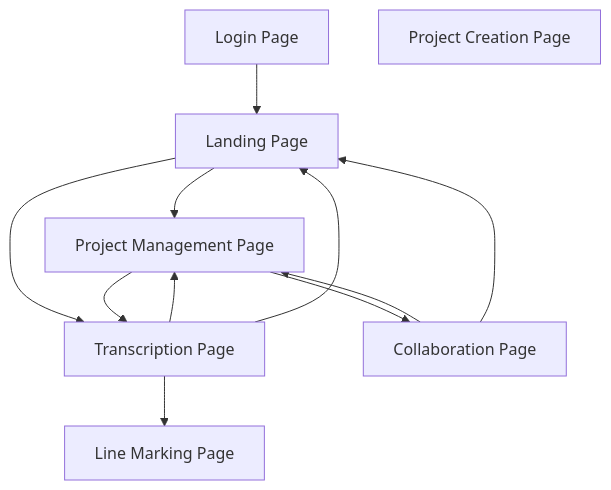
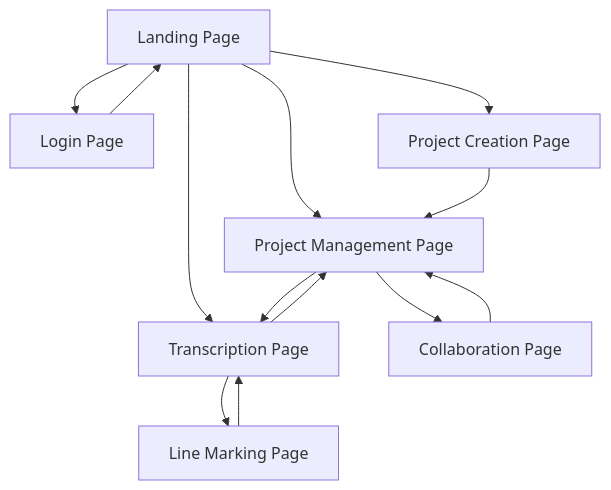
One commit to CenterForDigitalHumanities/TPEN3 changed the diagram in pages/beta.md. Above: the diagram before and after it, drawn with Mermaid.

````diff
--- a/pages/beta.md
+++ b/pages/beta.md
@@ -95,21 +95,23 @@
 ```mermaid
 graph TD
+    AuthenticatedUserPage["Landing Page"]
     LoginPage["Login Page"]
-    AuthenticatedUserPage["Landing Page"]
     ProjectManagementPage["Project Management Page"]
     TranscriptionPage["Transcription Page"]
     BoundingAnnotationPage["Line Marking Page"]
     CollaborationPage["Collaboration Page"]
     ProjectCreationPage["Project Creation Page"]
 
+    AuthenticatedUserPage --> LoginPage
     LoginPage --> AuthenticatedUserPage
+    AuthenticatedUserPage --> ProjectCreationPage
     AuthenticatedUserPage --> ProjectManagementPage
     AuthenticatedUserPage --> TranscriptionPage
     ProjectManagementPage --> TranscriptionPage
     TranscriptionPage --> ProjectManagementPage
-    TranscriptionPage --> BoundingAnnotationPage
-    TranscriptionPage --> AuthenticatedUserPage
+    ProjectCreationPage --> ProjectManagementPage
     ProjectManagementPage --> CollaborationPage
     CollaborationPage --> ProjectManagementPage
-    CollaborationPage --> AuthenticatedUserPage
+    TranscriptionPage --> BoundingAnnotationPage
+    BoundingAnnotationPage --> TranscriptionPage
 ```
````
